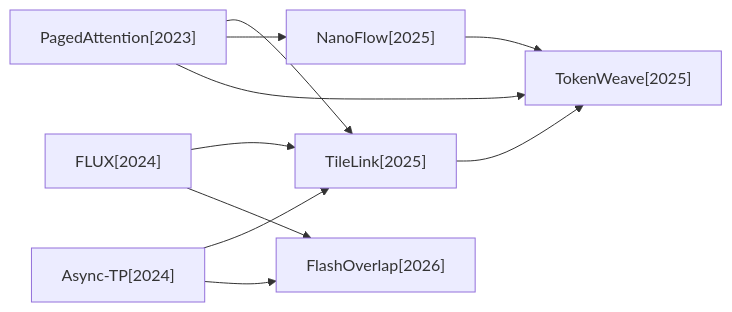
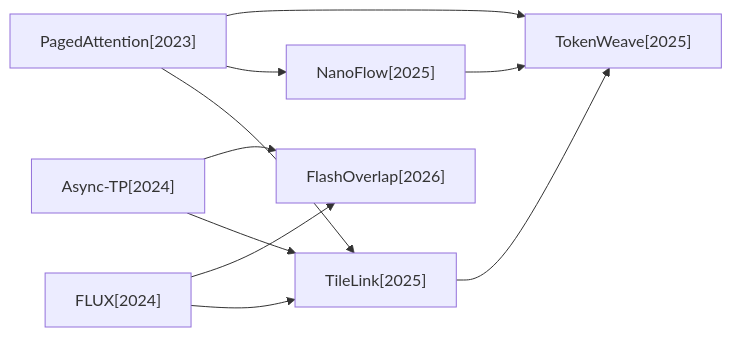
The first of 5 diagrams in docs/baseline_methods_graph.md (hustzxd/EfficientPaper), drawn with Mermaid before and after one commit. The commit also changed other lines of this file and 24 other files, not shown here.

````diff
--- a/docs/baseline_methods_graph.md
+++ b/docs/baseline_methods_graph.md
@@ -7,19 +7,19 @@
 ```mermaid
 flowchart LR
+    2025_TileLink["TileLink[2025]"]
+    2025_TokenWeave["TokenWeave[2025]"]
+    2024_FLUX["FLUX[2024]"]
     2023_PagedAttention["PagedAttention[2023]"]
-    2025_TileLink["TileLink[2025]"]
-    2024_FLUX["FLUX[2024]"]
+    2025_NanoFlow["NanoFlow[2025]"]
     2024_Async_TP["Async-TP[2024]"]
-    2025_TokenWeave["TokenWeave[2025]"]
-    2025_NanoFlow["NanoFlow[2025]"]
     2026_FlashOverlap["FlashOverlap[2026]"]
+    2025_TileLink --> 2025_TokenWeave
+    2024_FLUX --> 2025_TileLink
+    2024_FLUX --> 2026_FlashOverlap
     2023_PagedAttention --> 2025_TileLink
     2023_PagedAttention --> 2025_NanoFlow
     2023_PagedAttention --> 2025_TokenWeave
-    2025_TileLink --> 2025_TokenWeave
-    2024_FLUX --> 2025_TileLink
-    2024_FLUX --> 2026_FlashOverlap
+    2025_NanoFlow --> 2025_TokenWeave
     2024_Async_TP --> 2025_TileLink
     2024_Async_TP --> 2026_FlashOverlap
-    2025_NanoFlow --> 2025_TokenWeave
 ```
````
